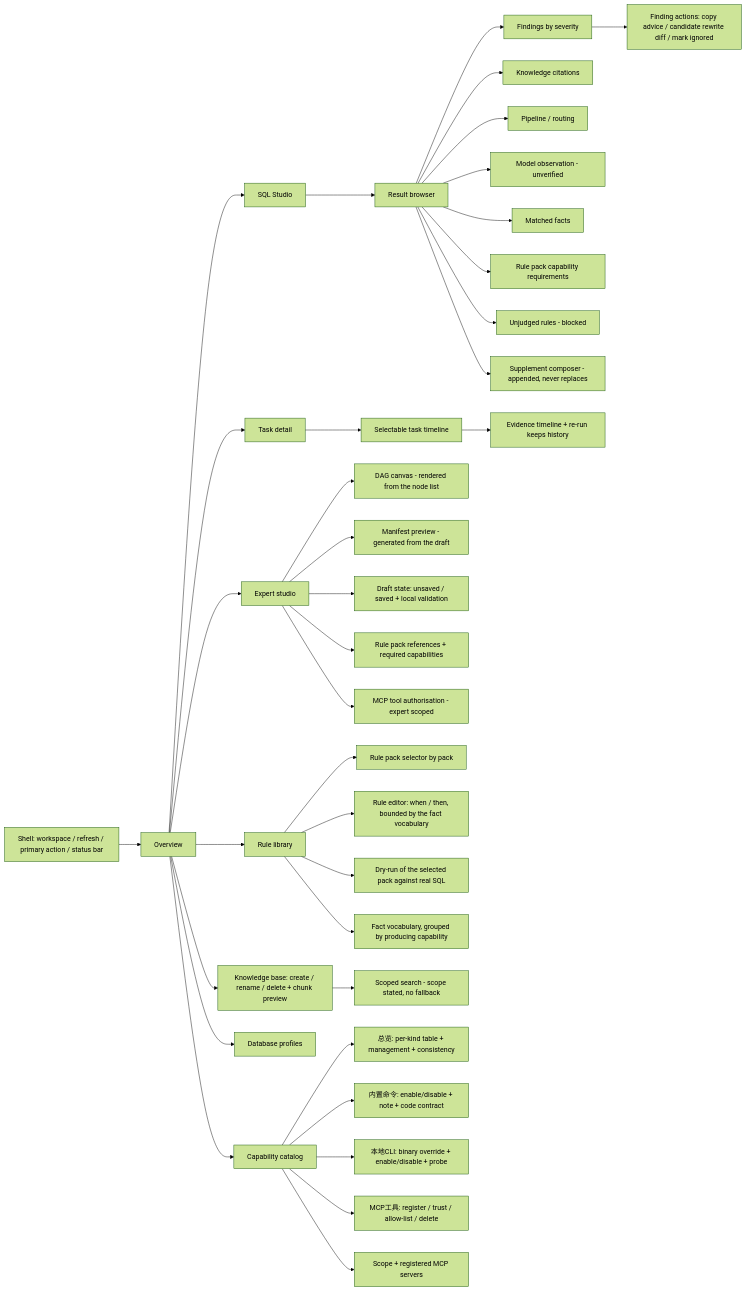
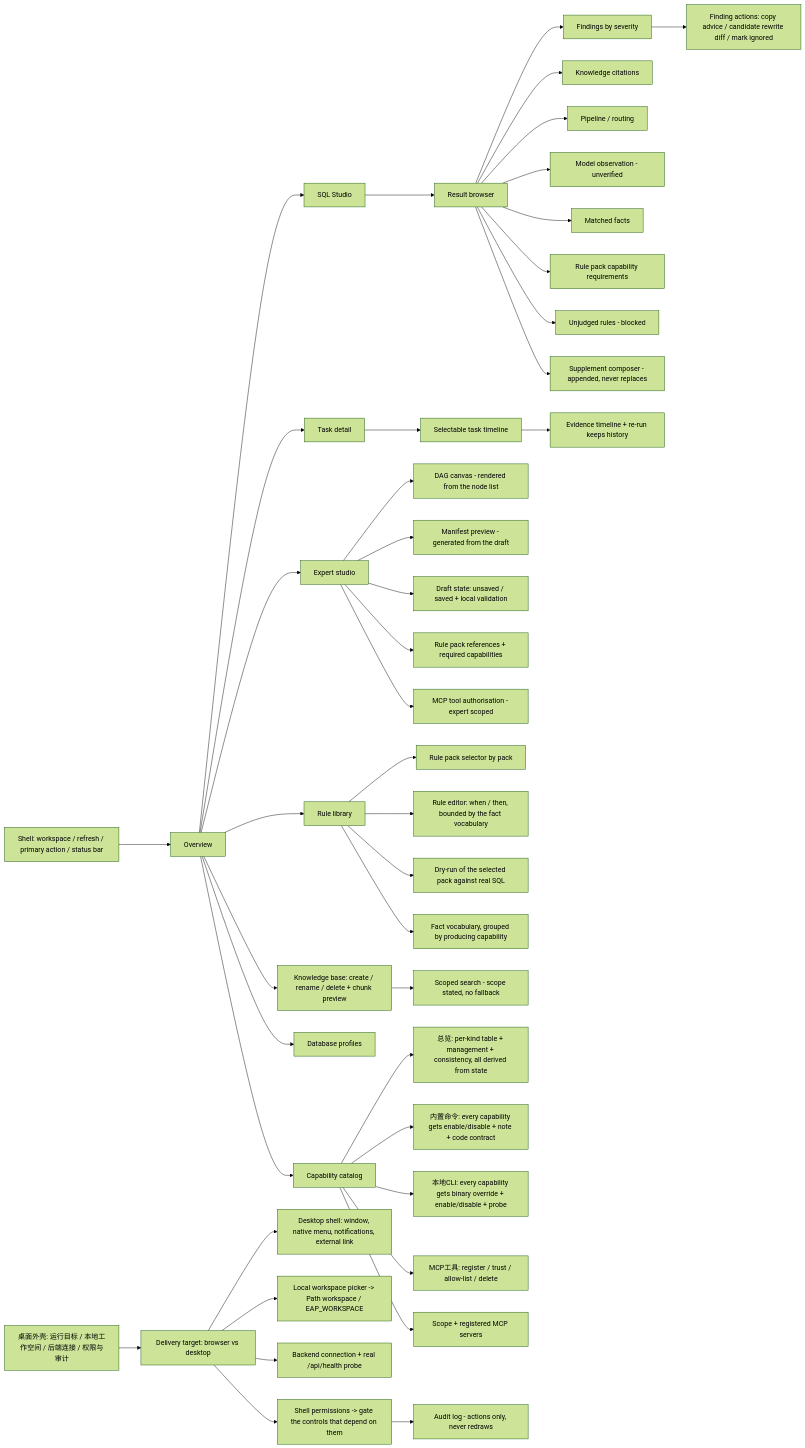
Before and after one commit to LiaoHan5426/Engineering-Automation-Platform: the diagram in docs/frontend-prototype.md, drawn with Mermaid (forest theme). The commit also changed other lines of this file and 5 other files, not shown here.

First line of the commit message:
Enhance desktop shell functionality and capability management in the frontend prototype

````diff
--- a/docs/frontend-prototype.md
+++ b/docs/frontend-prototype.md
@@ -50,38 +62,44 @@
 ```mermaid
 flowchart LR
   SH[Shell: workspace / refresh / primary action / status bar] --> O
   O[Overview] --> S[SQL Studio]
   S --> R[Result browser]
   R --> F[Findings by severity]
   F --> FA[Finding actions: copy advice / candidate rewrite diff / mark ignored]
   R --> K[Knowledge citations]
   R --> P[Pipeline / routing]
   R --> M[Model observation - unverified]
   R --> RP[Matched facts]
   R --> RC[Rule pack capability requirements]
   R --> RB[Unjudged rules - blocked]
   R --> SUP[Supplement composer - appended, never replaces]
   O --> T[Task detail]
   T --> TL[Selectable task timeline]
   TL --> E[Evidence timeline + re-run keeps history]
   O --> X[Expert studio]
   X --> D[DAG canvas - rendered from the node list]
   X --> Mf[Manifest preview - generated from the draft]
   X --> XD[Draft state: unsaved / saved + local validation]
   X --> XR[Rule pack references + required capabilities]
   X --> XM[MCP tool authorisation - expert scoped]
   O --> RU[Rule library]
   RU --> RL[Rule pack selector by pack]
   RU --> RE[Rule editor: when / then, bounded by the fact vocabulary]
   RU --> RD[Dry-run of the selected pack against real SQL]
   RU --> RV[Fact vocabulary, grouped by producing capability]
   O --> KB[Knowledge base: create / rename / delete + chunk preview]
   KB --> KBS[Scoped search - scope stated, no fallback]
   O --> DB[Database profiles]
   O --> C[Capability catalog]
-  C --> C0[总览: per-kind table + management + consistency]
-  C --> C1[内置命令: enable/disable + note + code contract]
-  C --> C2[本地CLI: binary override + enable/disable + probe]
+  C --> C0[总览: per-kind table + management + consistency, all derived from state]
+  C --> C1[内置命令: every capability gets enable/disable + note + code contract]
+  C --> C2[本地CLI: every capability gets binary override + enable/disable + probe]
   C --> C3[MCP工具: register / trust / allow-list / delete]
   C --> CS[Scope + registered MCP servers]
+  SH2[桌面外壳: 运行目标 / 本地工作空间 / 后端连接 / 权限与审计] --> DS[Delivery target: browser vs desktop]
+  DS --> DC[Desktop shell: window, native menu, notifications, external link]
+  DS --> LW[Local workspace picker -> Path workspace / EAP_WORKSPACE]
+  DS --> CN[Backend connection + real /api/health probe]
+  DS --> PM[Shell permissions -> gate the controls that depend on them]
+  PM --> AU[Audit log - actions only, never redraws]
 ```
````
